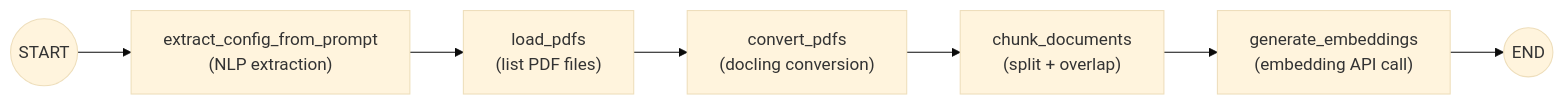
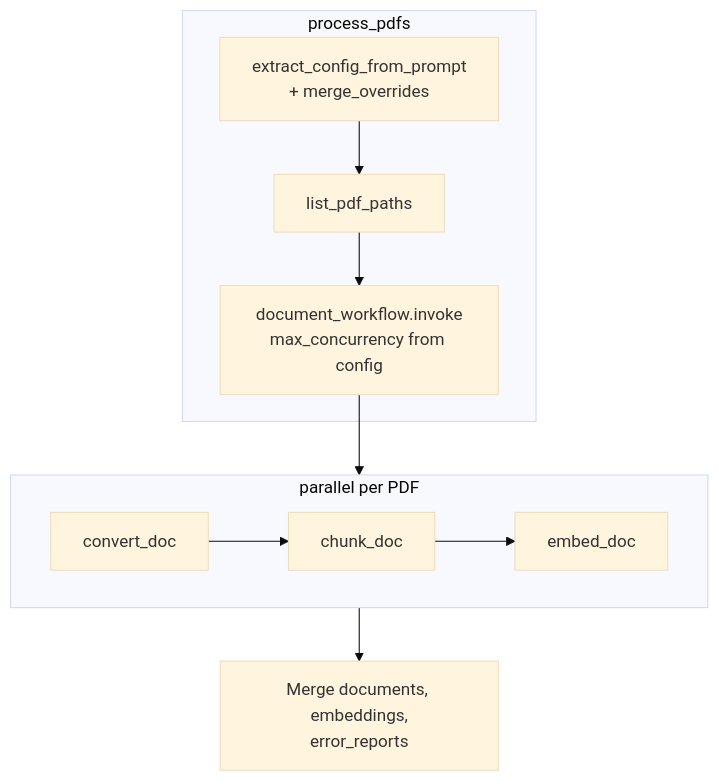
One commit to mcaimi/docling-agent changed the first of 3 diagrams in AGENTS.md. Above: the diagram before and after it, drawn with Mermaid (base theme). The commit also changed other lines of this file and 1 other file, not shown here.

````diff
--- a/AGENTS.md
+++ b/AGENTS.md
@@ -80,9 +87,17 @@
 ```mermaid
-flowchart LR
-    START((START)) --> extract["extract_config_from_prompt<br/>(NLP extraction)"]
-    extract --> load["load_pdfs<br/>(list PDF files)"]
-    load --> convert["convert_pdfs<br/>(docling conversion)"]
-    convert --> chunk["chunk_documents<br/>(split + overlap)"]
-    chunk --> embed["generate_embeddings<br/>(embedding API call)"]
-    embed --> END((END))
+flowchart TB
+    subgraph orchestration [process_pdfs]
+        extract["extract_config_from_prompt<br/>+ merge_overrides"]
+        listPDFs["list_pdf_paths"]
+        invoke["document_workflow.invoke<br/>max_concurrency from config"]
+        extract --> listPDFs --> invoke
+    end
+    subgraph perDoc [parallel per PDF]
+        convert[convert_doc]
+        chunk[chunk_doc]
+        embed[embed_doc]
+        convert --> chunk --> embed
+    end
+    invoke --> perDoc
+    perDoc --> merge["Merge documents, embeddings,<br/>error_reports"]
 ```
````
